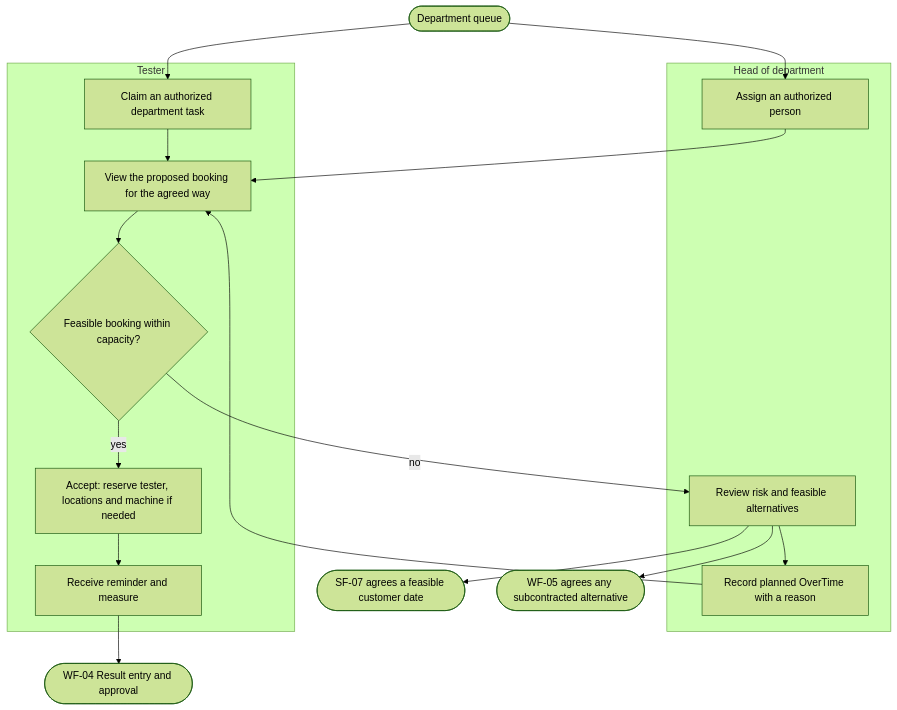
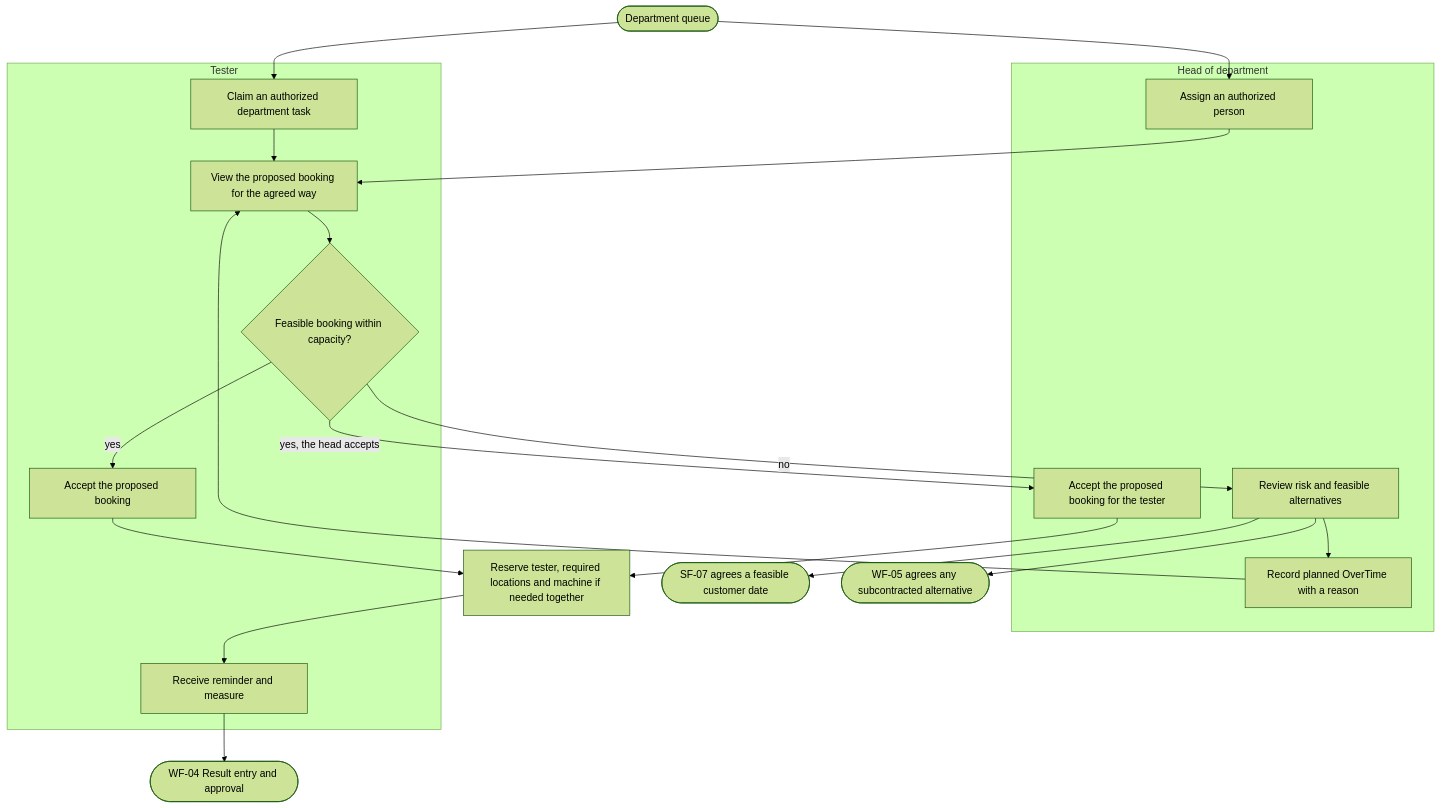
One commit to SoltuneMontepre/medilab changed the third of 17 diagrams in docs/functional/business-flows.md. Above: the diagram before and after it, drawn with Mermaid (forest theme). The commit also changed other lines of this file and 1 other file, not shown here.

First line of the commit message:
[docs] Add the missing stories and paths to the business flows

````diff
--- a/docs/functional/business-flows.md
+++ b/docs/functional/business-flows.md
@@ -137,21 +137,25 @@
 ```mermaid
 flowchart TD
     subgraph lane8 ["Head of department"]
         h1[Assign an authorized person]
+        h4[Accept the proposed booking for the tester]
         h2[Review risk and feasible alternatives]
         h3[Record planned OverTime with a reason]
     end
     subgraph lane9 ["Tester"]
         t1[Claim an authorized department task]
         t2[View the proposed booking for the agreed way] --> t3{Feasible booking within capacity?}
-        t3 -->|yes| t4[Accept: reserve tester, locations and machine if needed]
-        t4 --> t5[Receive reminder and measure]
+        t3 -->|yes| t4[Accept the proposed booking]
+        t5[Receive reminder and measure]
     end
     queue([Department queue]) --> h1 --> t2
     queue --> t1 --> t2
+    t3 -->|yes, the head accepts| h4
+    t4 --> reserve[Reserve tester, required locations and machine if needed together]
+    h4 --> reserve --> t5
     t3 -->|no| h2
     h2 --> h3 --> t2
     h2 --> dates([SF-07 agrees a feasible customer date])
     h2 --> outsource([WF-05 agrees any subcontracted alternative])
     t5 --> wf04([WF-04 Result entry and approval])
 ```
````
